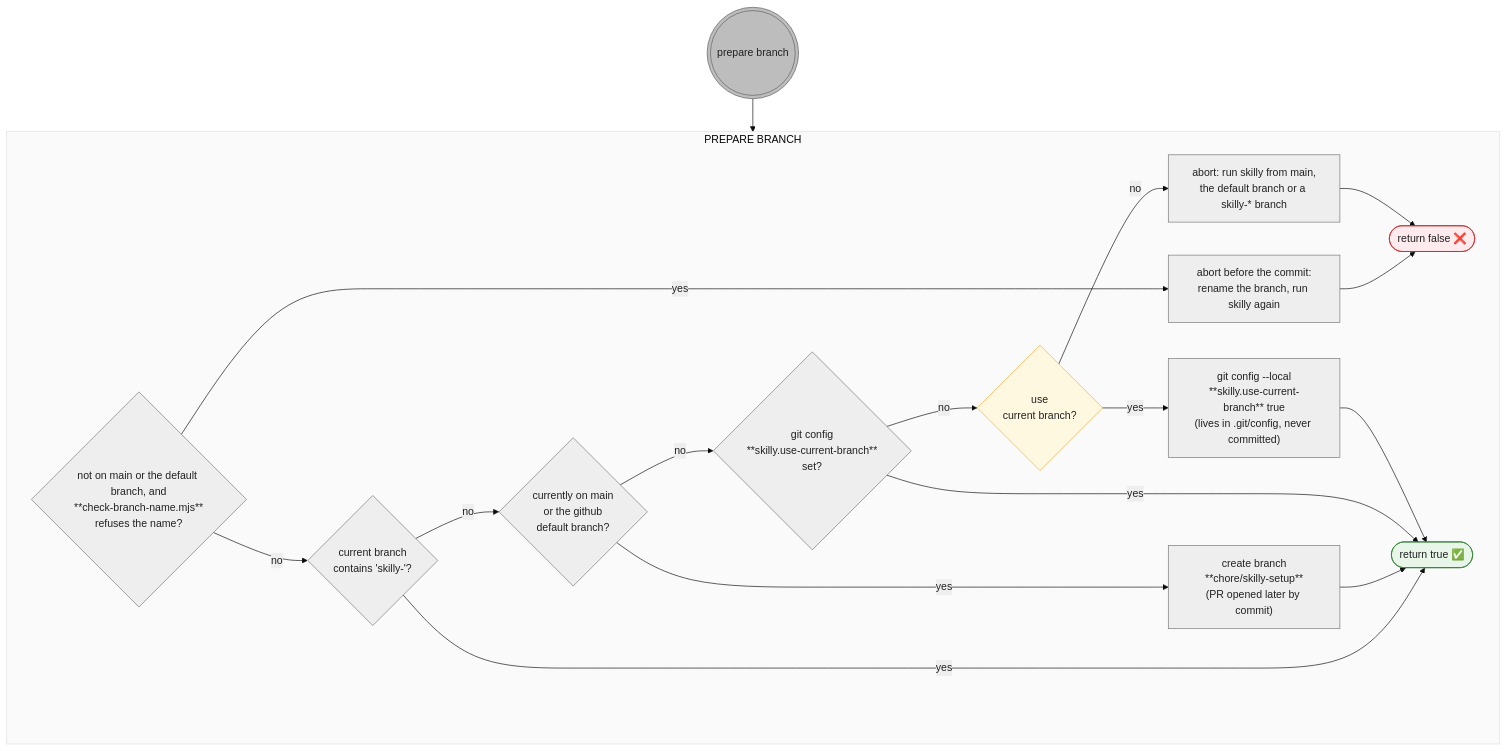
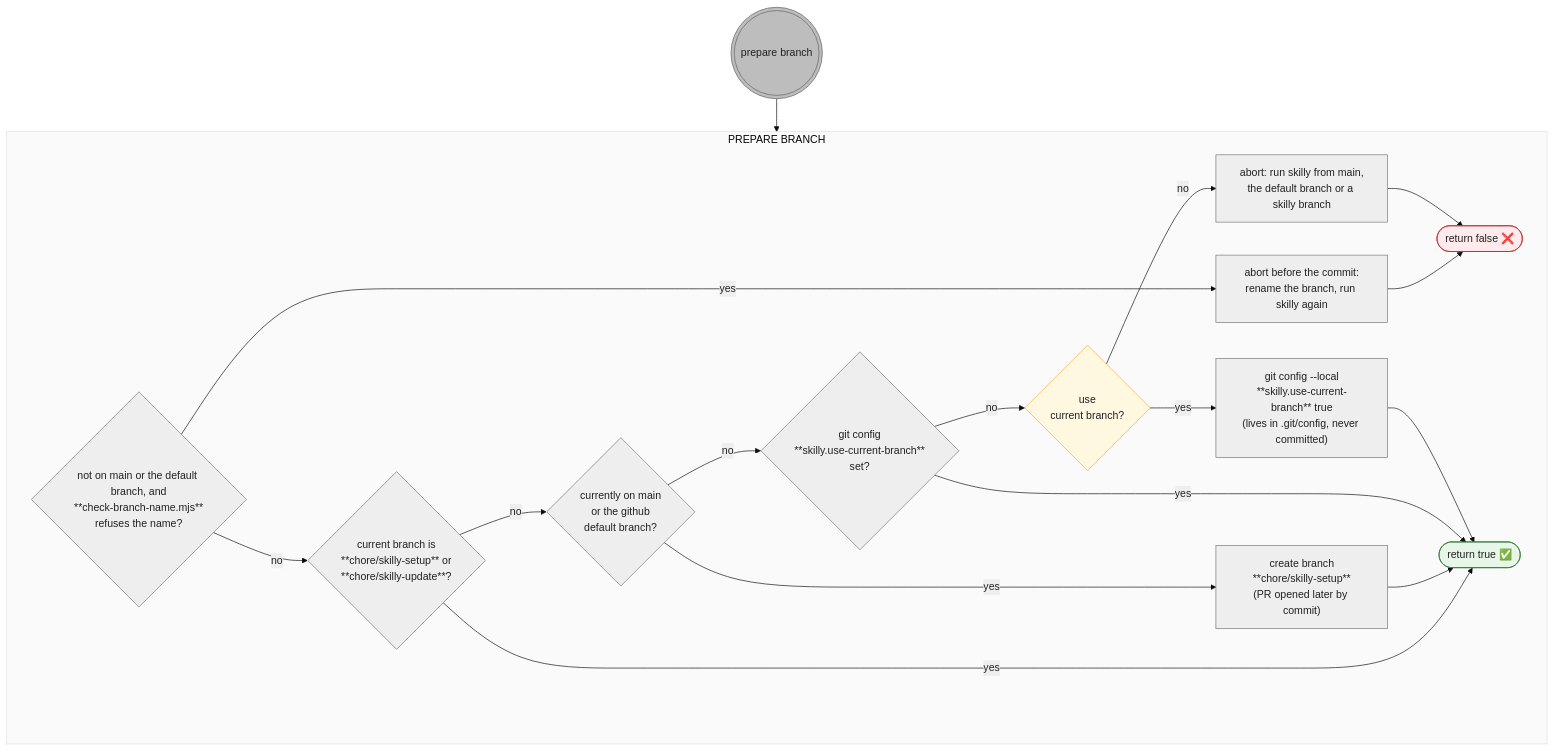
Before and after one commit to timschoch/skilly: the diagram in docs/prepare-branch.mmd, drawn with Mermaid. The commit also changed 3 other files, not shown here.

First line of the commit message:
fix(prepare-branch): match the skilly branches by exact name

```diff
--- a/docs/prepare-branch.mmd
+++ b/docs/prepare-branch.mmd
@@ -1,54 +1,54 @@
 ---
 config:
   theme: base
   themeVariables:
     primaryColor: "#eeeeee"
     primaryBorderColor: "#757575"
     primaryTextColor: "#212121"
     clusterBkg: "#fafafa"
     clusterBorder: "#e0e0e0"
 ---
 flowchart TD
     %% shapes: ((( ))) entry point · [/ \] user action (blue) · [ ] script action (gray) · { } decision (amber) · ([ ]) state (green)
 
     ENTER-EB((("prepare branch"))) --> EB
     subgraph EB["PREPARE BRANCH"]
         EBQ-NAME{"not on main or the default branch, and<br>**check-branch-name.mjs**<br>refuses the name?"}
             EBQ-NAME -->|yes| EB-NAME-ABORT["abort before the commit:<br>rename the branch, run skilly again"] --> EB-FALSE
             EBQ-NAME -->|no| EBQ1
 
-        EBQ1{"current branch<br>contains 'skilly-'?"}
+        EBQ1{"current branch is<br>**chore/skilly-setup** or<br>**chore/skilly-update**?"}
             EBQ1 -->|yes| EB-TRUE
             EBQ1 -->|no| EBQ-MAIN
 
             EBQ-MAIN{"currently on main<br>or the github<br>default branch?"}
                 EBQ-MAIN -->|yes| EB-CREATE["create branch<br>**chore/skilly-setup**<br>(PR opened later by commit)"] --> EB-TRUE
                 EBQ-MAIN -->|no| EBQ-CFG
 
             EBQ-CFG{"git config<br>**skilly.use-current-branch**<br>set?"}
                 EBQ-CFG -->|yes| EB-TRUE
                 EBQ-CFG -->|no| EBQ3
 
                 EBQ3{"use<br>current branch?"}
                     EBQ3 -->|yes| EB-SET-CFG
                     EBQ3 -->|no| EB-ABORT
                     EB-SET-CFG["git config --local<br>**skilly.use-current-branch** true<br>(lives in .git/config, never committed)"] --> EB-TRUE
 
         EB-TRUE(["return true ✅"])
-        EB-ABORT["abort: run skilly from main,<br>the default branch or a skilly-* branch"] --> EB-FALSE
+        EB-ABORT["abort: run skilly from main,<br>the default branch or a skilly branch"] --> EB-FALSE
         EB-FALSE(["return false ❌"])
     end
 
 
     %% EBQ-NAME/EBQ1/EBQ-MAIN/EBQ-CFG are script checks -> default gray, not amber
     classDef decision fill:#fff8e1,stroke:#f9a825
     class EBQ3 decision
 
     classDef entry fill:#bdbdbd,stroke:#616161
     class ENTER-EB entry
 
     classDef ok fill:#e8f5e9,stroke:#2e7d32
     class EB-TRUE ok
 
     classDef fail fill:#ffebee,stroke:#c62828
     class EB-FALSE fail
```
